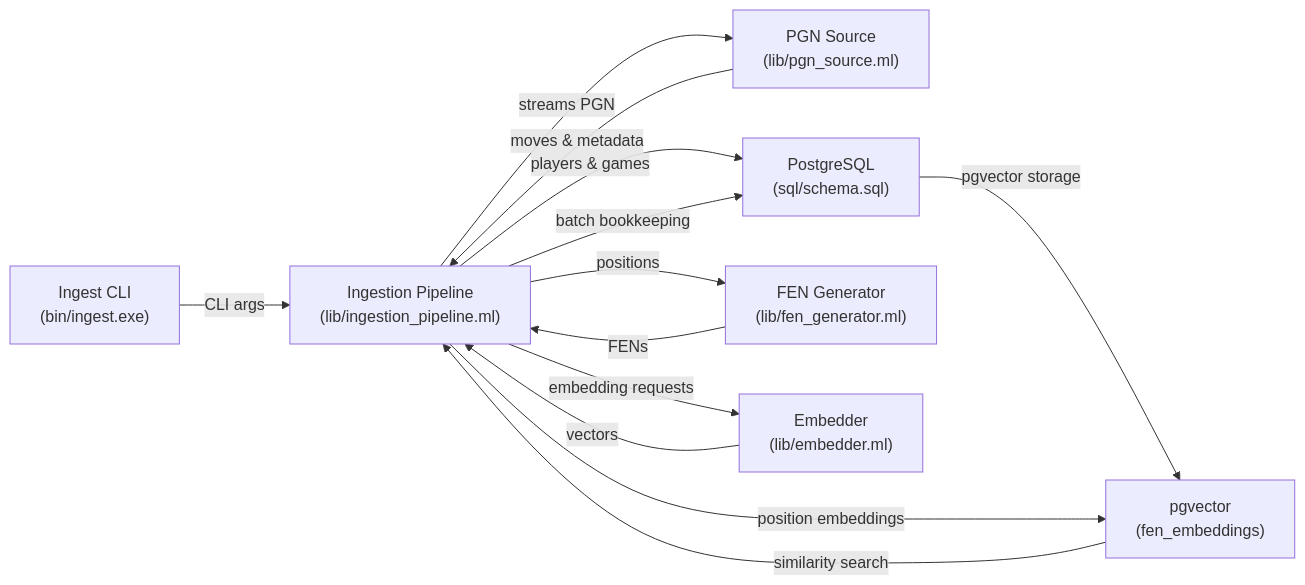
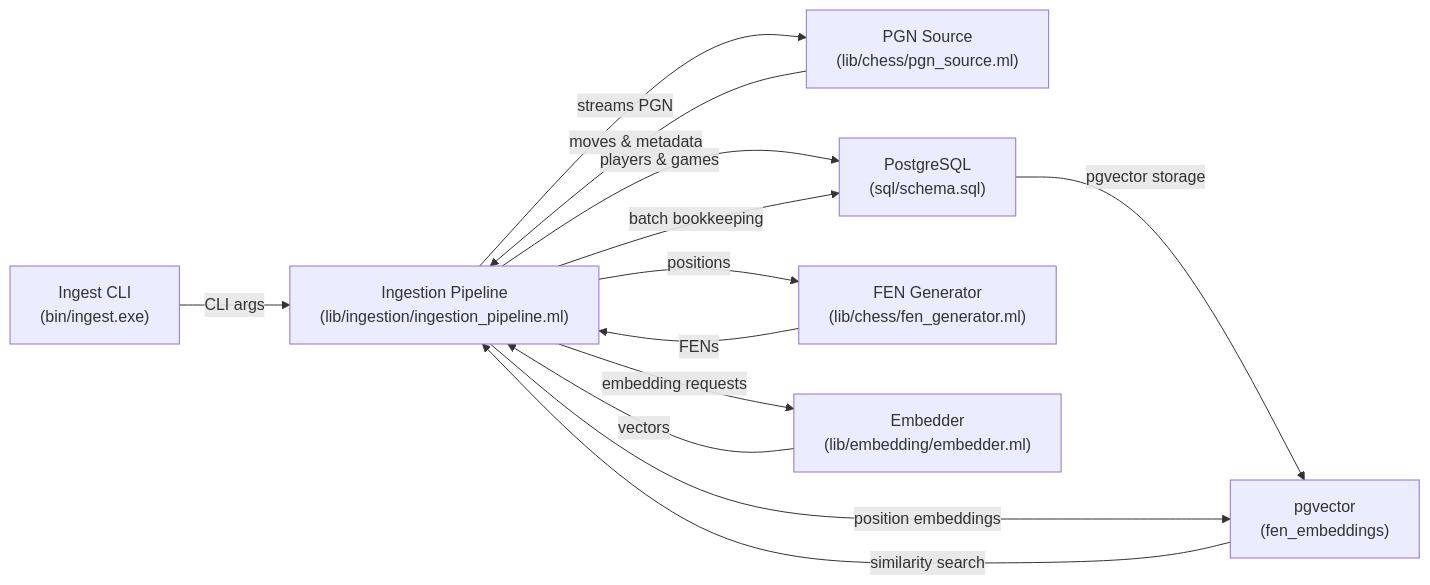
One commit to HendrikReh/chessbuddy changed the first of 2 diagrams in docs/DEVELOPER.md. Above: the diagram before and after it, drawn with Mermaid. The commit also changed other lines of this file and 2 other files, not shown here.

````diff
--- a/docs/DEVELOPER.md
+++ b/docs/DEVELOPER.md
@@ -142,15 +162,15 @@
 ```mermaid
 flowchart LR
   CLI["Ingest CLI\n(bin/ingest.exe)"] -->|CLI args| Pipeline
-  Pipeline["Ingestion Pipeline\n(lib/ingestion_pipeline.ml)"] -->|streams PGN| Pgn
-  Pgn["PGN Source\n(lib/pgn_source.ml)"] -->|moves & metadata| Pipeline
+  Pipeline["Ingestion Pipeline\n(lib/ingestion/ingestion_pipeline.ml)"] -->|streams PGN| Pgn
+  Pgn["PGN Source\n(lib/chess/pgn_source.ml)"] -->|moves & metadata| Pipeline
   Pipeline -->|players & games| Database
   Pipeline -->|positions| Fen
-  Fen["FEN Generator\n(lib/fen_generator.ml)"] -->|FENs| Pipeline
+  Fen["FEN Generator\n(lib/chess/fen_generator.ml)"] -->|FENs| Pipeline
   Pipeline -->|embedding requests| Embedder
-  Embedder["Embedder\n(lib/embedder.ml)"] -->|vectors| Pipeline
+  Embedder["Embedder\n(lib/embedding/embedder.ml)"] -->|vectors| Pipeline
   Database["PostgreSQL\n(sql/schema.sql)"] -->|pgvector storage| Vector
   Pipeline -->|batch bookkeeping| Database
   Pipeline -->|position embeddings| Vector
   Vector["pgvector\n(fen_embeddings)"] -->|similarity search| Pipeline
 ```
````
